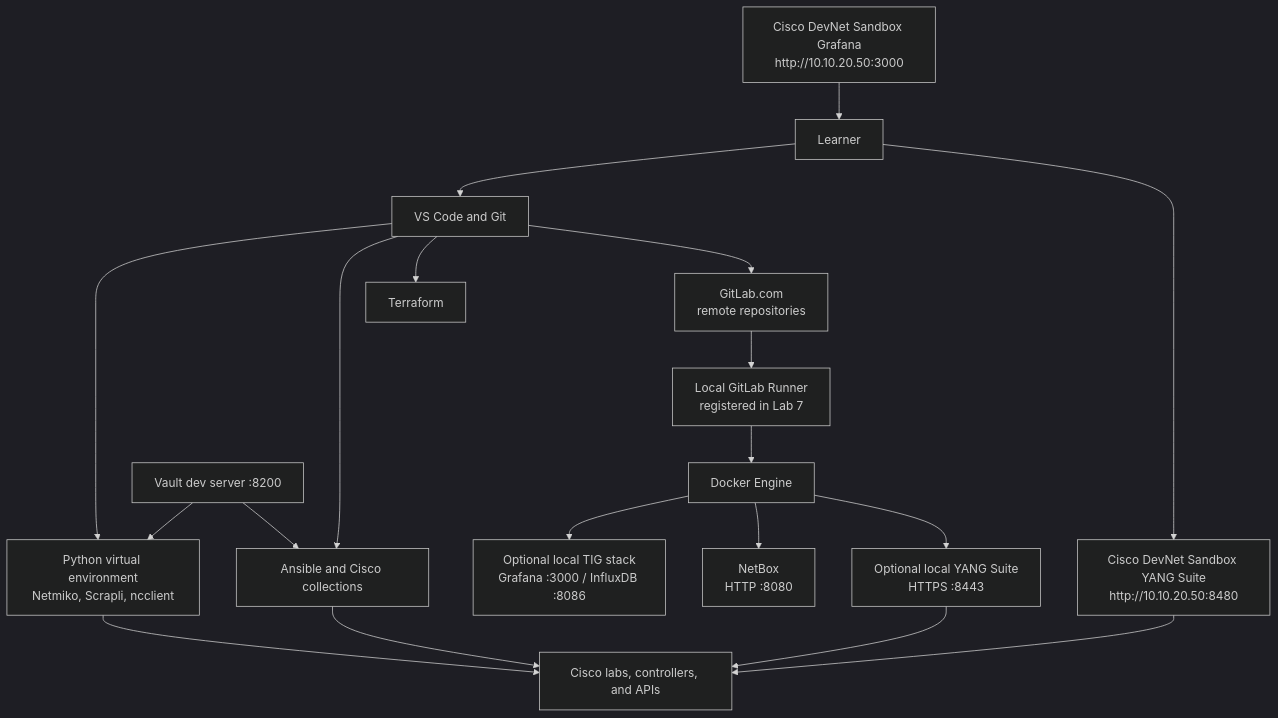
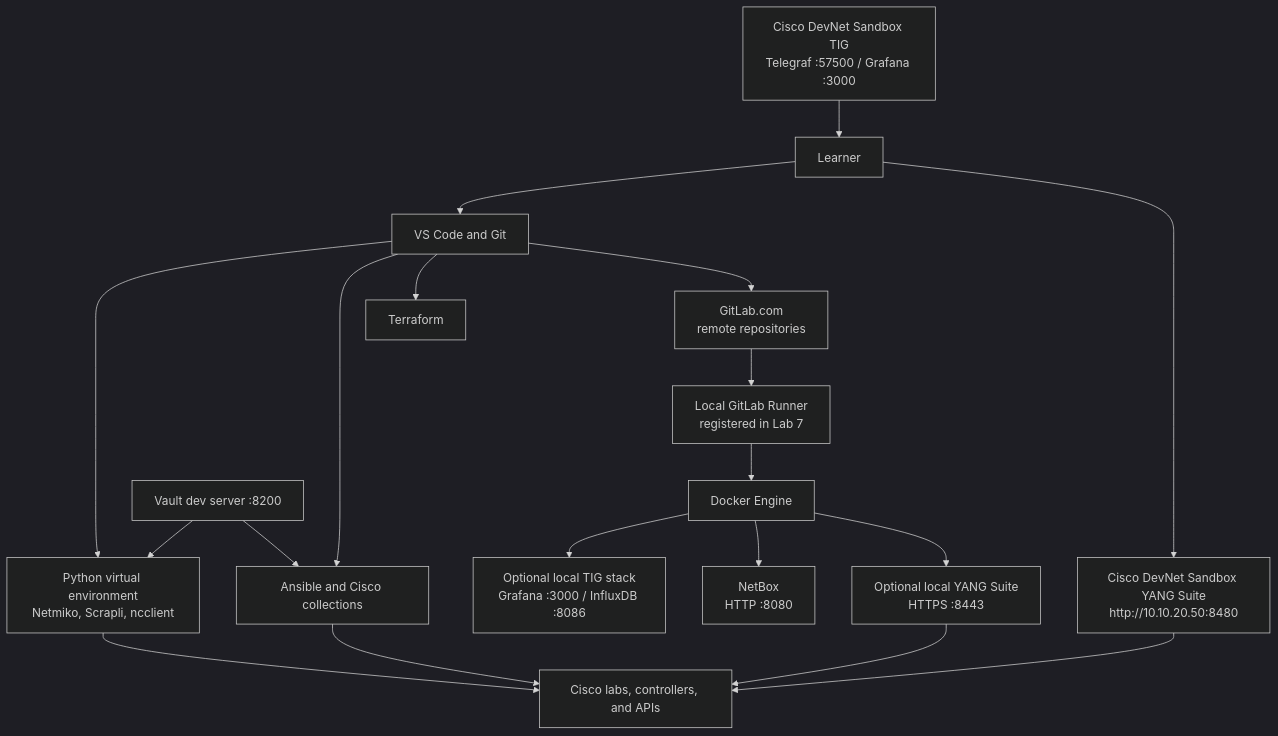
Before and after one commit to tanthanh85/CCNPAUTO: the diagram in LAB/Lab1/Lab1.md, drawn with Mermaid (dark theme). The commit also changed other lines of this file and 4 other files, not shown here.

````diff
--- a/LAB/Lab1/Lab1.md
+++ b/LAB/Lab1/Lab1.md
@@ -46,22 +46,22 @@
 ```mermaid
 flowchart TB
     Learner["Learner"] --> VSCode["VS Code and Git"]
     VSCode --> Python["Python virtual environment<br/>Netmiko, Scrapli, ncclient"]
     VSCode --> Ansible["Ansible and Cisco collections"]
     VSCode --> IaC["Terraform"]
     VSCode --> GitLab["GitLab.com<br/>remote repositories"]
     GitLab --> Runner["Local GitLab Runner<br/>registered in Lab 7"]
 
     Docker["Docker Engine"] --> TIG["Optional local TIG stack<br/>Grafana :3000 / InfluxDB :8086"]
     Docker --> NetBox["NetBox<br/>HTTP :8080"]
     Docker --> LocalYANG["Optional local YANG Suite<br/>HTTPS :8443"]
     Runner --> Docker
     Python --> Devices["Cisco labs, controllers, and APIs"]
     Ansible --> Devices
     SandboxYANG["Cisco DevNet Sandbox YANG Suite<br/>http://10.10.20.50:8480"] --> Devices
     Learner --> SandboxYANG
     LocalYANG --> Devices
-    SandboxGrafana["Cisco DevNet Sandbox Grafana<br/>http://10.10.20.50:3000"] --> Learner
+    SandboxTIG["Cisco DevNet Sandbox TIG<br/>Telegraf :57500 / Grafana :3000"] --> Learner
     Vault["Vault dev server :8200"] --> Python
     Vault --> Ansible
 ```
````
